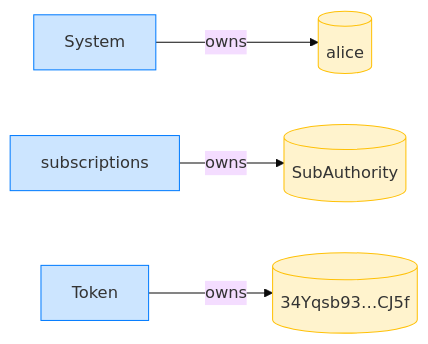
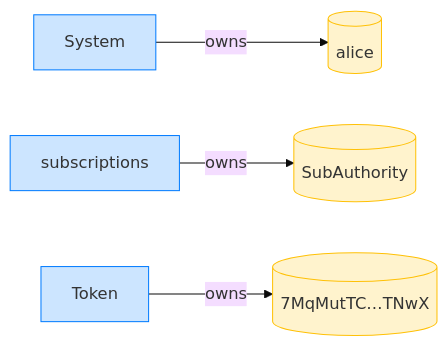
The fourth of 20 diagrams in dsl_tests/a-subscriber-revoke-routes-rent-to-the-sponsor.md (cds-rs/subscriptions), drawn with Mermaid (base theme) before and after one commit. The commit also changed other lines of this file and 224 other files, not shown here.

````diff
--- a/dsl_tests/a-subscriber-revoke-routes-rent-to-the-sponsor.md
+++ b/dsl_tests/a-subscriber-revoke-routes-rent-to-the-sponsor.md
@@ -73,14 +78,14 @@
 ```mermaid
 flowchart LR
     classDef owner fill:#cce5ff,stroke:#007bff;
     classDef account fill:#fff3cd,stroke:#ffc107;
     System[System]:::owner
     alice[(alice)]:::account
     subscriptions[subscriptions]:::owner
     SubAuthority[(SubAuthority)]:::account
     Token[Token]:::owner
-    34Yqsb93_CJ5f[("34Yqsb93…CJ5f")]:::account
+    7MqMutTC_TNwX[("7MqMutTC…TNwX")]:::account
     System -->|owns| alice
     subscriptions -->|owns| SubAuthority
-    Token -->|owns| 34Yqsb93_CJ5f
+    Token -->|owns| 7MqMutTC_TNwX
 ```
````
